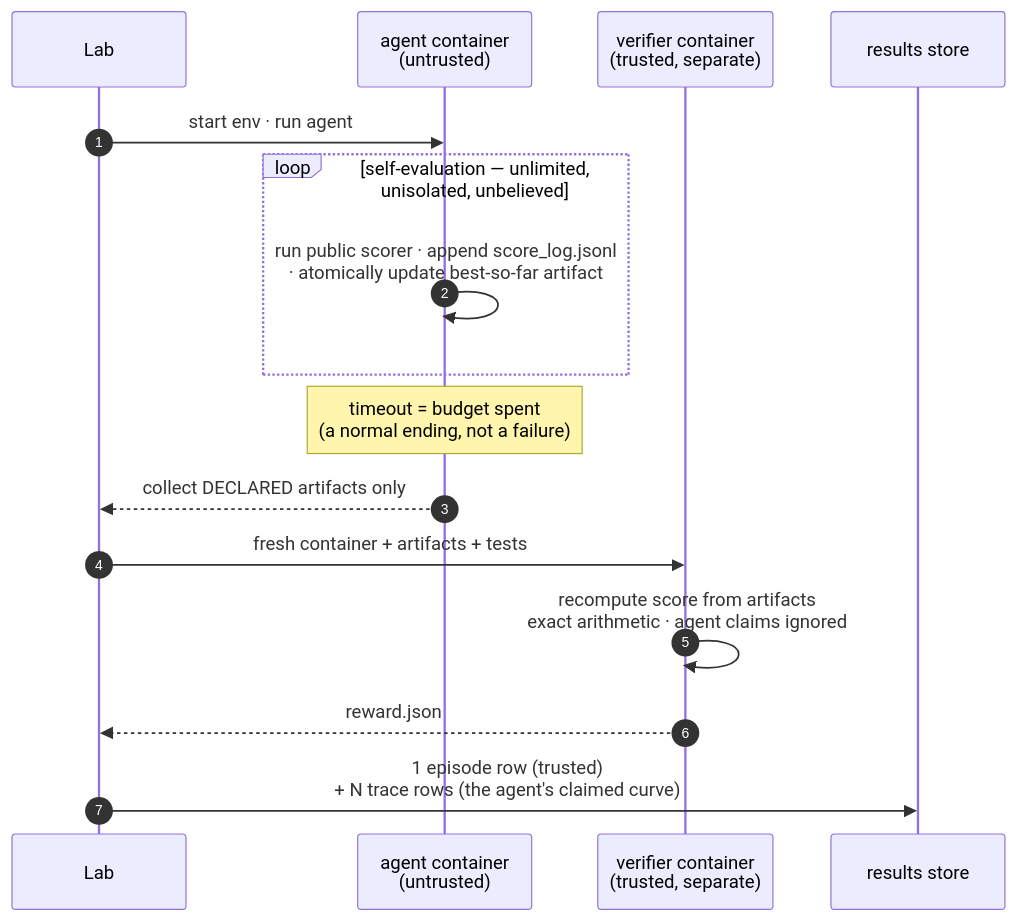
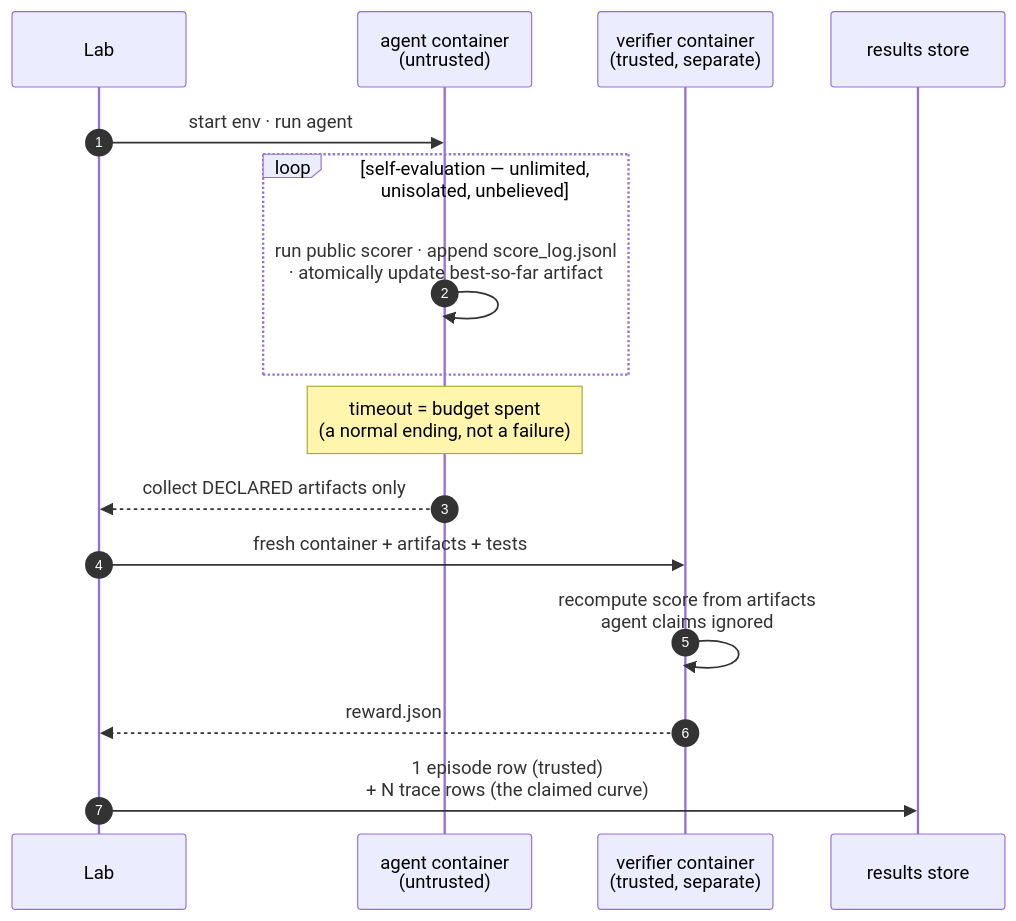
Before and after one commit to Human-Agent-Society/tide-eval: the diagram in README.md, drawn with Mermaid. The commit also changed other lines of this file and 4 other files, not shown here.

````diff
--- a/README.md
+++ b/README.md
@@ -108,19 +35,19 @@
 ```mermaid
 sequenceDiagram
     autonumber
     participant L as Lab
     participant A as agent container<br/>(untrusted)
     participant V as verifier container<br/>(trusted, separate)
     participant S as results store
 
     L->>A: start env · run agent
     loop self-evaluation — unlimited, unisolated, unbelieved
         A->>A: run public scorer · append score_log.jsonl<br/>· atomically update best-so-far artifact
     end
     Note over A: timeout = budget spent<br/>(a normal ending, not a failure)
     A-->>L: collect DECLARED artifacts only
     L->>V: fresh container + artifacts + tests
-    V->>V: recompute score from artifacts<br/>exact arithmetic · agent claims ignored
+    V->>V: recompute score from artifacts<br/>agent claims ignored
     V-->>L: reward.json
-    L->>S: 1 episode row (trusted)<br/>+ N trace rows (the agent's claimed curve)
+    L->>S: 1 episode row (trusted)<br/>+ N trace rows (the claimed curve)
 ```
````
